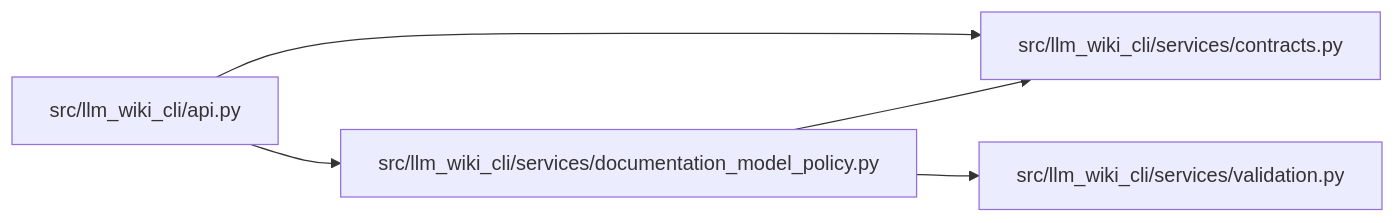
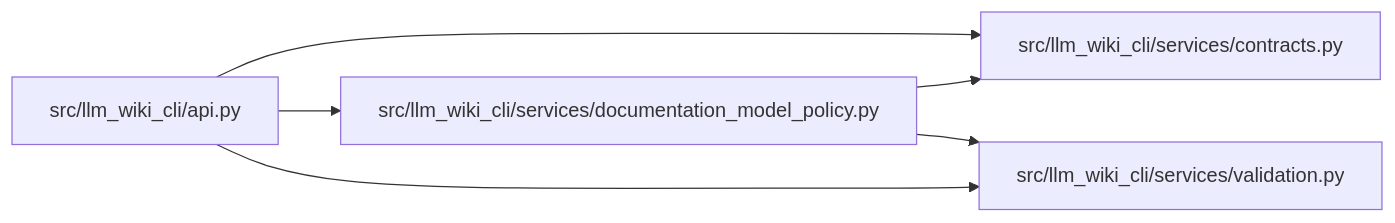
The diagram in docs/llm_wiki/modules/documentation_model_policy.md (Denissvgn/python-wiki-llm), drawn with Mermaid before and after one commit. The commit also changed 398 other files, not shown here.

````diff
--- a/docs/llm_wiki/modules/documentation_model_policy.md
+++ b/docs/llm_wiki/modules/documentation_model_policy.md
@@ -37,15 +37,16 @@
 ```mermaid
 flowchart LR
     n0["src/llm_wiki_cli/api.py"]
     n1["src/llm_wiki_cli/services/contracts.py"]
     n2["src/llm_wiki_cli/services/documentation_model_policy.py"]
     n3["src/llm_wiki_cli/services/validation.py"]
     n0 --> n1
     n0 --> n2
+    n0 --> n3
     n2 --> n1
     n2 --> n3
     click n0 "../modules/api.md"
     click n1 "../modules/services_contracts.md"
     click n2 "../modules/documentation_model_policy.md"
     click n3 "../modules/validation.md"
 ```
````
